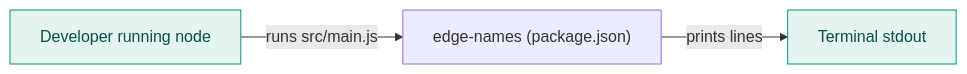
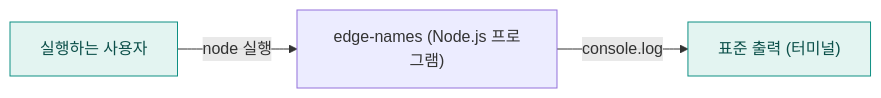
Before and after one commit to hxxnn/codemap: the first of 3 diagrams in examples/edge-names/docs/codemap/architecture.md, drawn with Mermaid. The commit also changed other lines of this file and 44 other files, not shown here.

````diff
--- a/examples/edge-names/docs/codemap/architecture.md
+++ b/examples/edge-names/docs/codemap/architecture.md
@@ -16,9 +16,9 @@
 ```mermaid
 flowchart LR
-  u["Developer running node"]:::external
-  s["edge-names (package.json)"]
-  o["Terminal stdout"]:::external
-  u -->|"runs src/main.js"| s
-  s -->|"prints lines"| o
+  user["실행하는 사용자"]:::external
+  sys["edge-names (Node.js 프로그램)"]
+  out["표준 출력 (터미널)"]:::external
+  user -->|"node 실행"| sys
+  sys -->|"console.log"| out
   classDef external fill:#E3F4F1,stroke:#0E8F83,color:#0B4F49
 ```
````
